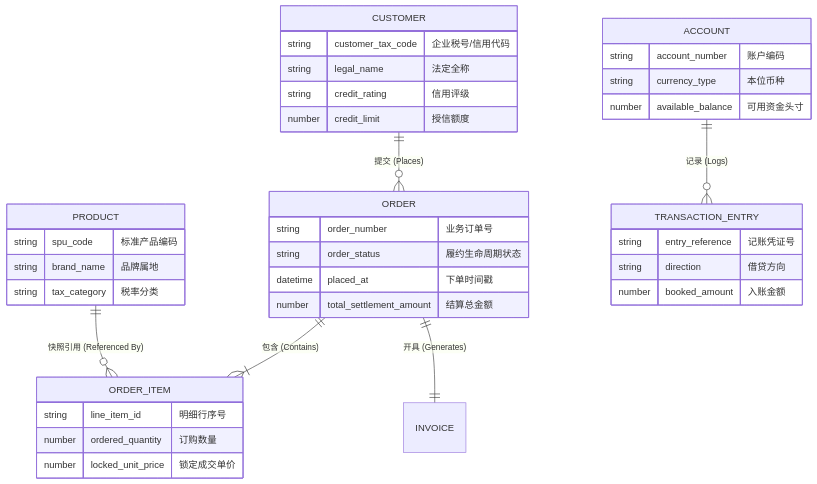
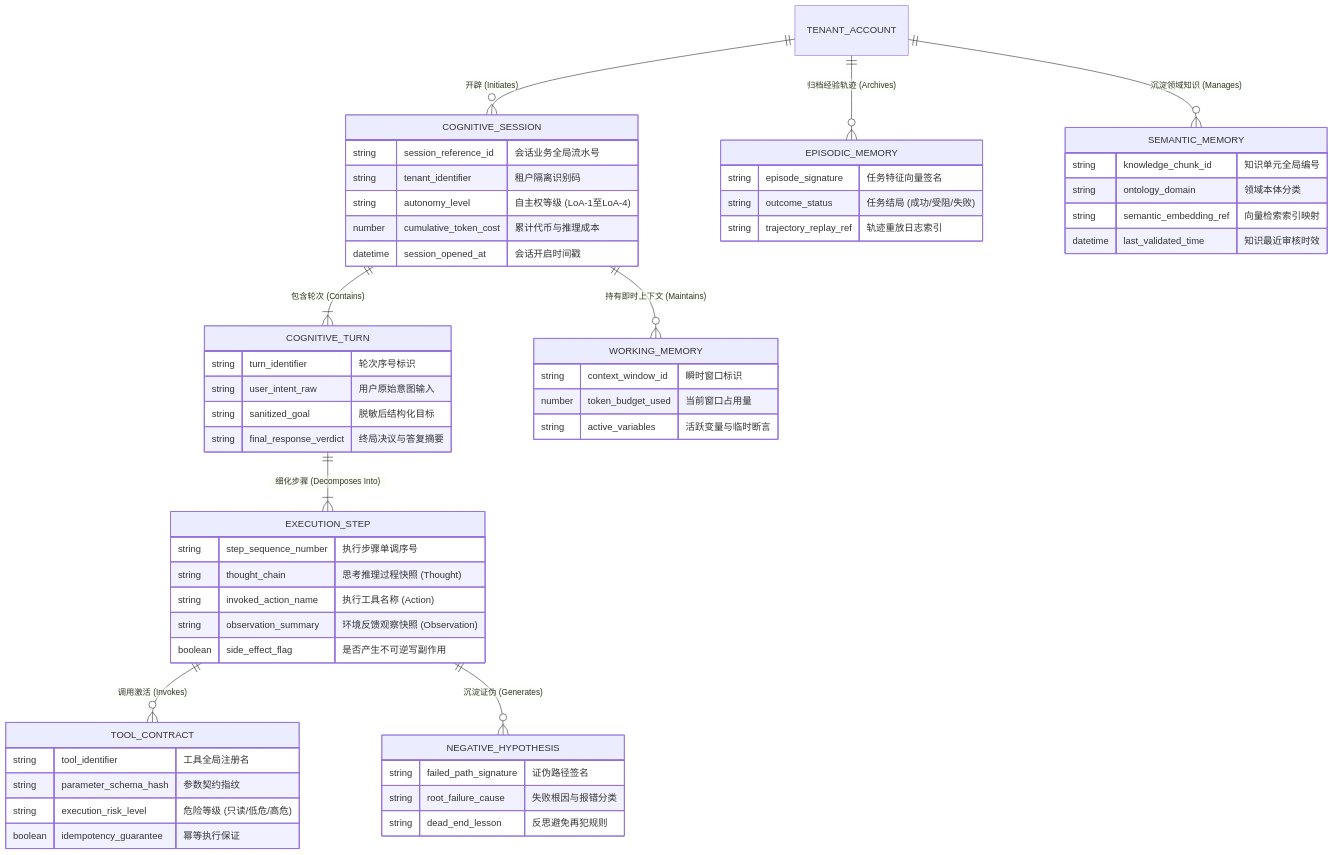
The diagram in templates/conceptual-data-model-template.md (swizardlv/architect_skill), drawn with Mermaid before and after one commit. The commit also changed other lines of this file and 6 other files, not shown here.

Commit message:
feat(agent): incorporate Agent AI cognitive styles, CDM first-class entities, and replay audit walkthrough

````diff
--- a/templates/conceptual-data-model-template.md
+++ b/templates/conceptual-data-model-template.md
@@ -20,47 +20,68 @@
 ```mermaid
 erDiagram
-    %% 核心概念实体关系图谱 (严格业务语义与基数标注)
-    CUSTOMER ||--o{ ORDER : "提交 (Places)"
-    ORDER ||--|{ ORDER_ITEM : "包含 (Contains)"
-    PRODUCT ||--o{ ORDER_ITEM : "快照引用 (Referenced By)"
-    ORDER ||--|| INVOICE : "开具 (Generates)"
-    ACCOUNT ||--o{ TRANSACTION_ENTRY : "记录 (Logs)"
+    %% 业务领域实体骨架
+    TENANT_ACCOUNT ||--o{ COGNITIVE_SESSION : "开辟 (Initiates)"
+    COGNITIVE_SESSION ||--|{ COGNITIVE_TURN : "包含轮次 (Contains)"
+    COGNITIVE_TURN ||--|{ EXECUTION_STEP : "细化步骤 (Decomposes Into)"
+    EXECUTION_STEP ||--o{ TOOL_CONTRACT : "调用激活 (Invokes)"
+    EXECUTION_STEP ||--o{ NEGATIVE_HYPOTHESIS : "沉淀证伪 (Generates)"
+    
+    COGNITIVE_SESSION ||--o{ WORKING_MEMORY : "持有即时上下文 (Maintains)"
+    TENANT_ACCOUNT ||--o{ EPISODIC_MEMORY : "归档经验轨迹 (Archives)"
+    TENANT_ACCOUNT ||--o{ SEMANTIC_MEMORY : "沉淀领域知识 (Manages)"
 
-    CUSTOMER {
-        string customer_tax_code "企业税号/信用代码"
-        string legal_name "法定全称"
-        string credit_rating "信用评级"
-        number credit_limit "授信额度"
+    COGNITIVE_SESSION {
+        string session_reference_id "会话业务全局流水号"
+        string tenant_identifier "租户隔离识别码"
+        string autonomy_level "自主权等级 (LoA-1至LoA-4)"
+        number cumulative_token_cost "累计代币与推理成本"
+        datetime session_opened_at "会话开启时间戳"
     }
 
-    ORDER {
-        string order_number "业务订单号"
-        string order_status "履约生命周期状态"
-        datetime placed_at "下单时间戳"
-        number total_settlement_amount "结算总金额"
+    COGNITIVE_TURN {
+        string turn_identifier "轮次序号标识"
+        string user_intent_raw "用户原始意图输入"
+        string sanitized_goal "脱敏后结构化目标"
+        string final_response_verdict "终局决议与答复摘要"
     }
 
-    ORDER_ITEM {
-        string line_item_id "明细行序号"
-        number ordered_quantity "订购数量"
-        number locked_unit_price "锁定成交单价"
+    EXECUTION_STEP {
+        string step_sequence_number "执行步骤单调序号"
+        string thought_chain "思考推理过程快照 (Thought)"
+        string invoked_action_name "执行工具名称 (Action)"
+        string observation_summary "环境反馈观察快照 (Observation)"
+        boolean side_effect_flag "是否产生不可逆写副作用"
     }
 
-    PRODUCT {
-        string spu_code "标准产品编码"
-        string brand_name "品牌属地"
-        string tax_category "税率分类"
+    TOOL_CONTRACT {
+        string tool_identifier "工具全局注册名"
+        string parameter_schema_hash "参数契约指纹"
+        string execution_risk_level "危险等级 (只读/低危/高危)"
+        boolean idempotency_guarantee "幂等执行保证"
     }
 
-    ACCOUNT {
-        string account_number "账户编码"
-        string currency_type "本位币种"
-        number available_balance "可用资金头寸"
+    NEGATIVE_HYPOTHESIS {
+        string failed_path_signature "证伪路径签名"
+        string root_failure_cause "失败根因与报错分类"
+        string dead_end_lesson "反思避免再犯规则"
     }
 
-    TRANSACTION_ENTRY {
-        string entry_reference "记账凭证号"
-        string direction "借贷方向"
-        number booked_amount "入账金额"
+    WORKING_MEMORY {
+        string context_window_id "瞬时窗口标识"
+        number token_budget_used "当前窗口占用量"
+        string active_variables "活跃变量与临时断言"
+    }
+
+    EPISODIC_MEMORY {
+        string episode_signature "任务特征向量签名"
+        string outcome_status "任务结局 (成功/受阻/失败)"
+        string trajectory_replay_ref "轨迹重放日志索引"
+    }
+
+    SEMANTIC_MEMORY {
+        string knowledge_chunk_id "知识单元全局编号"
+        string ontology_domain "领域本体分类"
+        string semantic_embedding_ref "向量检索索引映射"
+        datetime last_validated_time "知识最近审核时效"
     }
 ```
````
